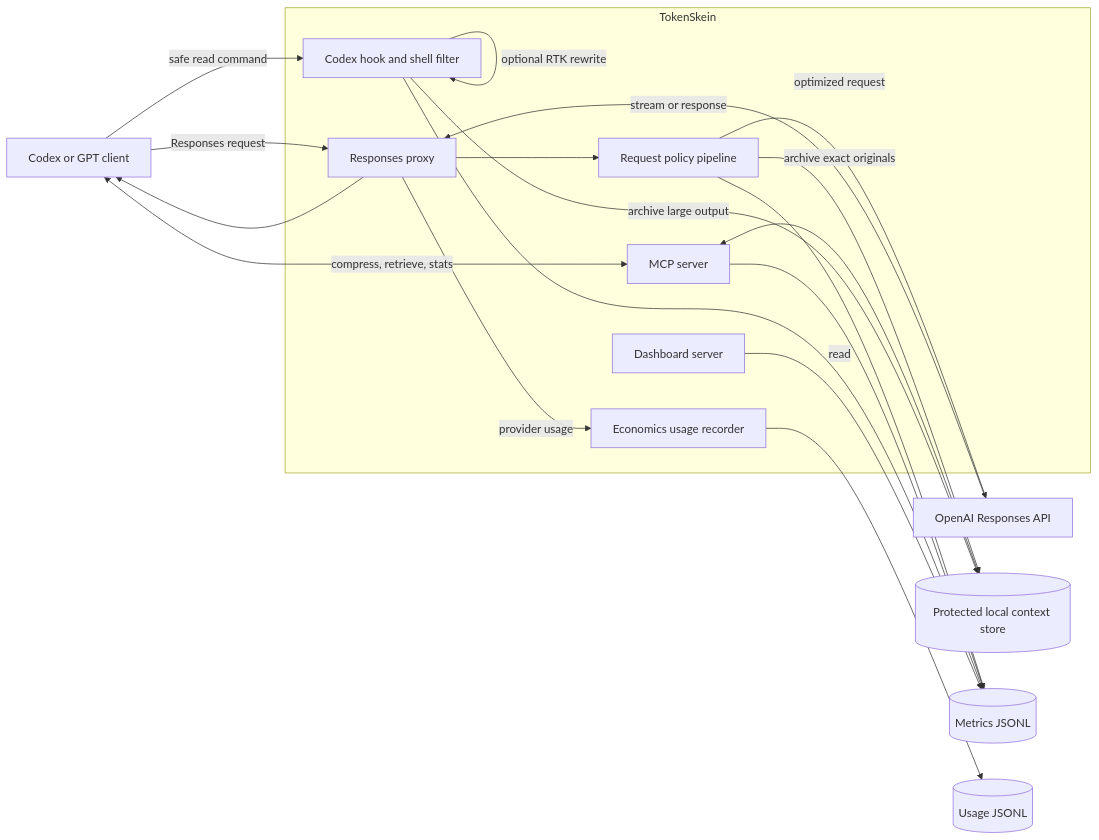
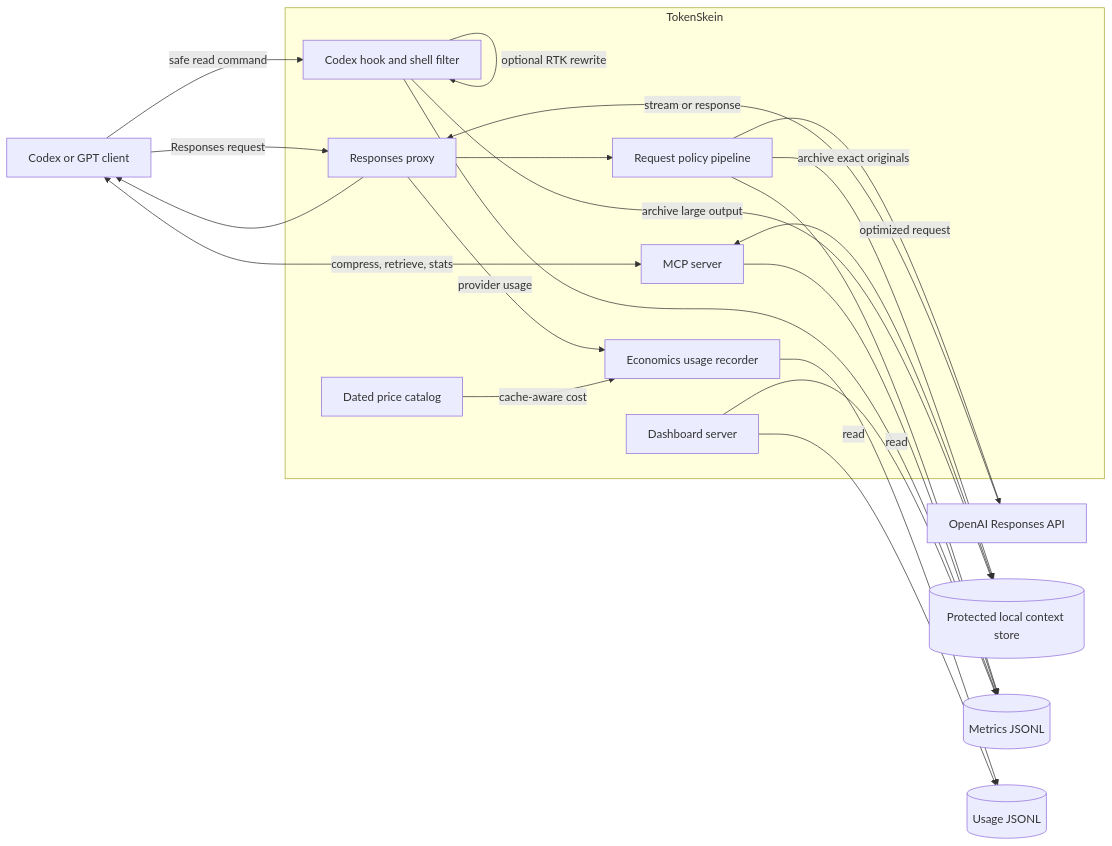
The diagram in README.md (flaviomartil/token-skein), drawn with Mermaid before and after one commit. The commit also changed other lines of this file, not shown here.

First line of the commit message:
docs: sync README architecture with economics/pricing wiring

````diff
--- a/README.md
+++ b/README.md
@@ -35,36 +35,39 @@
 ```mermaid
 flowchart LR
     C[Codex or GPT client]
     U[OpenAI Responses API]
     D[(Protected local context store)]
     E[(Metrics JSONL)]
     N[(Usage JSONL)]
 
     subgraph L[TokenSkein]
       P[Responses proxy]
       Q[Request policy pipeline]
       M[MCP server]
       H[Codex hook and shell filter]
       A[Economics usage recorder]
+      K[Dated price catalog]
       V[Dashboard server]
     end
 
     C -->|Responses request| P
     P --> Q
     Q -->|optimized request| U
     U -->|stream or response| P
     P --> C
 
     Q -->|archive exact originals| D
     C <-->|compress, retrieve, stats| M
     M <--> D
     C -->|safe read command| H
     H -->|optional RTK rewrite| H
     H -->|archive large output| D
     Q --> E
     M --> E
     H --> E
     P -->|provider usage| A
+    K -->|cache-aware cost| A
     A --> N
     V -->|read| E
+    V -->|read| N
 ```
````
